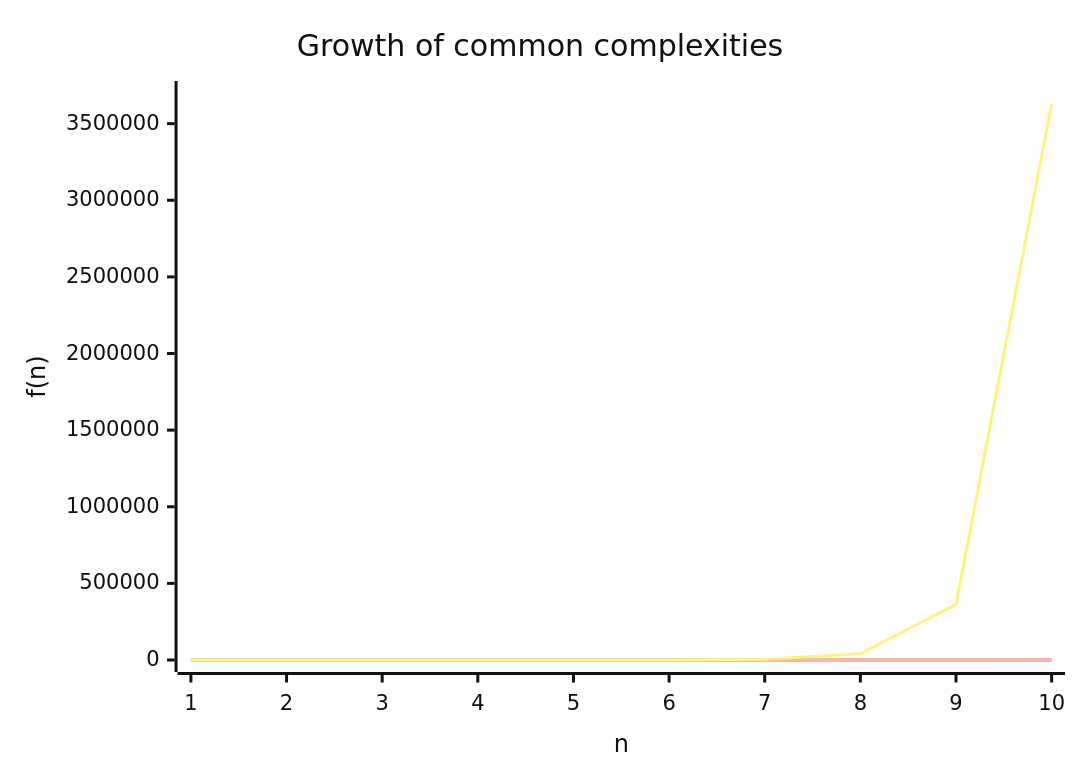
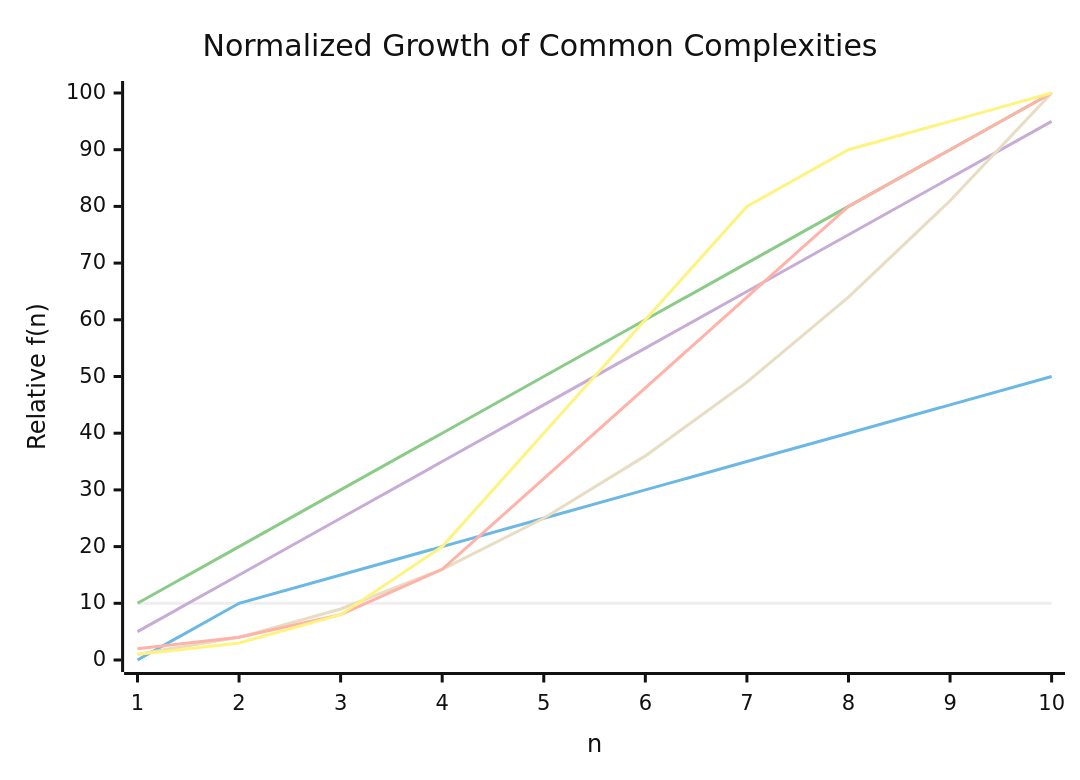
Before and after one commit to SulemanMughal/leetcode: the diagram in Readme.md, drawn with Mermaid (neutral theme). The commit also changed 1 other file, not shown here.

Commit message:
longest-consecutive-sequence

````diff
--- a/Readme.md
+++ b/Readme.md
@@ -7,16 +7,16 @@
 ```mermaid
 %% Compare growth for n = 1..10
 xychart-beta
-    title "Growth of common complexities"
+    title "Normalized Growth of Common Complexities"
     x-axis "n" 1 --> 10
-    y-axis "f(n)" 0 --> 3700000
+    y-axis "Relative f(n)" 0 --> 100
 
-    line "O(1)" [1,1,1,1,1,1,1,1,1,1]
-    line "O(log n)" [0,1,1,2,2,2,2,3,3,3]
-    line "O(n)" [1,2,3,4,5,6,7,8,9,10]
-    line "O(n log n)" [0,2,5,8,12,16,19,24,28,33]
-    line "O(n^2)" [1,4,9,16,25,36,49,64,81,100]
-    line "O(2^n)" [2,4,8,16,32,64,128,256,512,1024]
-    line "O(n!)" [1,2,6,24,120,720,5040,40320,362880,3628800]
+    line "O(1)" [10,10,10,10,10,10,10,10,10,10]
+    line "O(log n)" [0,10,15,20,25,30,35,40,45,50]
+    line "O(n)" [10,20,30,40,50,60,70,80,90,100]
+    line "O(n log n)" [5,15,25,35,45,55,65,75,85,95]
+    line "O(n²)" [1,4,9,16,25,36,49,64,81,100]
+    line "O(2ⁿ)" [2,4,8,16,32,48,64,80,90,100]
+    line "O(n!)" [1,3,8,20,40,60,80,90,95,100]
 
 ```
````
